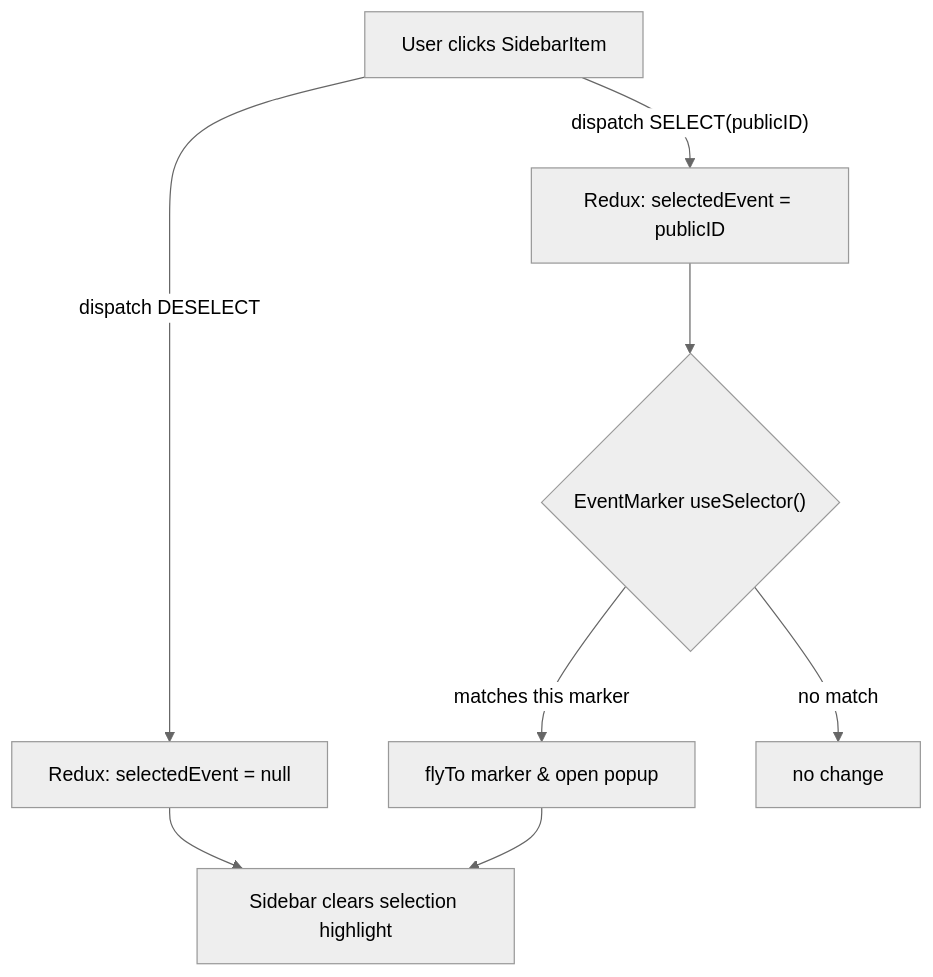
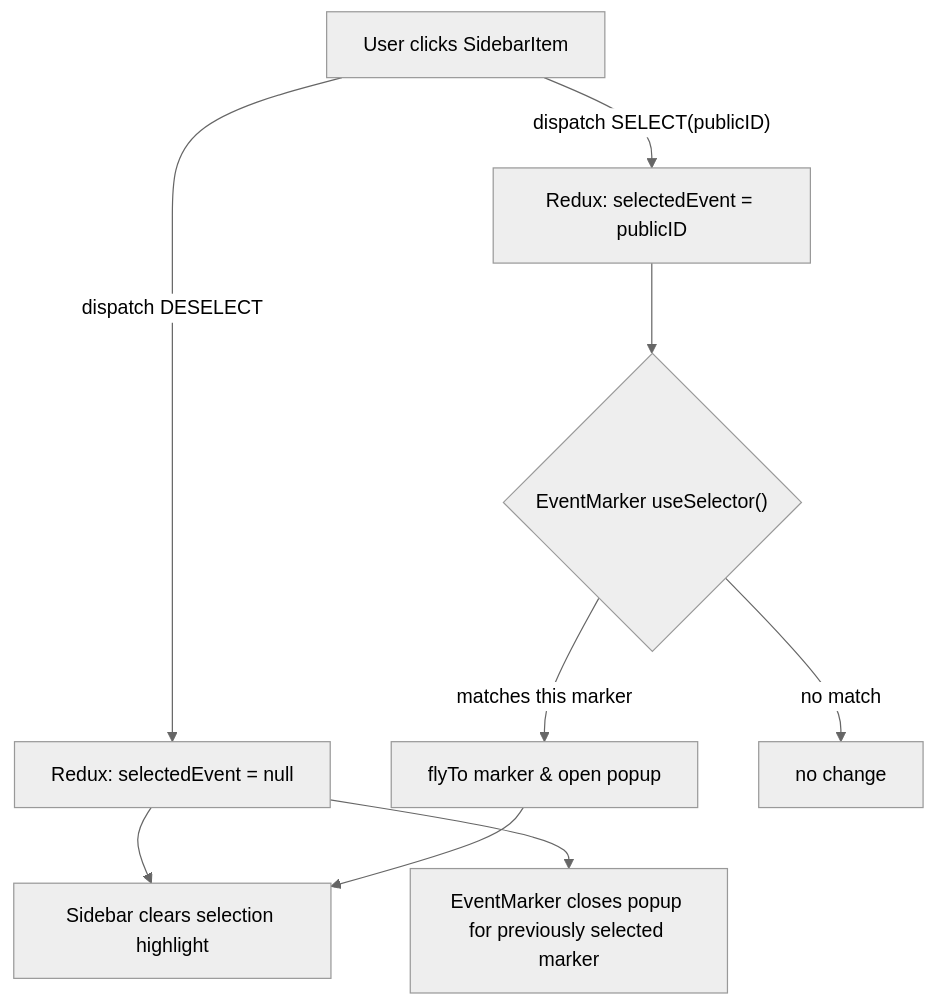
One commit to UPRI-earthquake/earthquake-hub-frontend changed the diagram in docs/SELECTION_STATE_FLOW.md. Above: the diagram before and after it, drawn with Mermaid (neutral theme). The commit also changed 4 other files, not shown here.

Commit message:
feat: implement deselect behavior for EventMarker popups and update documentation

````diff
--- a/docs/SELECTION_STATE_FLOW.md
+++ b/docs/SELECTION_STATE_FLOW.md
@@ -3,10 +3,11 @@
 ```mermaid
 flowchart TD
   A["User clicks SidebarItem"] -->|"dispatch SELECT(publicID)"| B["Redux: selectedEvent = publicID"]
   A -->|"dispatch DESELECT"| C["Redux: selectedEvent = null"]
   B --> D{"EventMarker useSelector()"}
   D -->|"matches this marker"| E["flyTo marker & open popup"]
   D -->|"no match"| F["no change"]
+  C --> G["EventMarker closes popup for previously selected marker"]
   C --> H["Sidebar clears selection highlight"]
   E --> H
 ```
````
